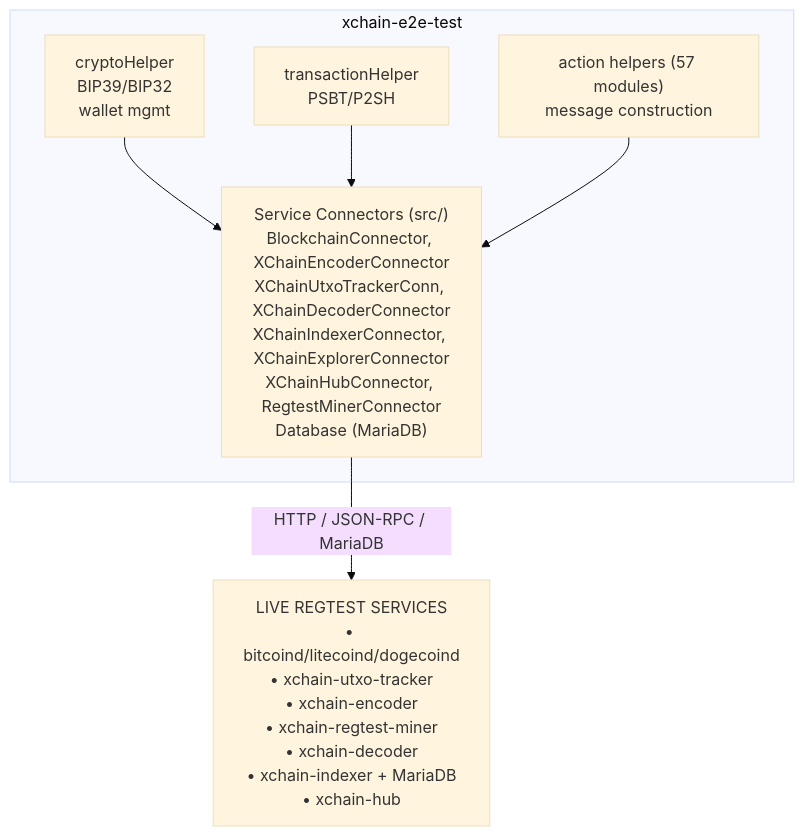
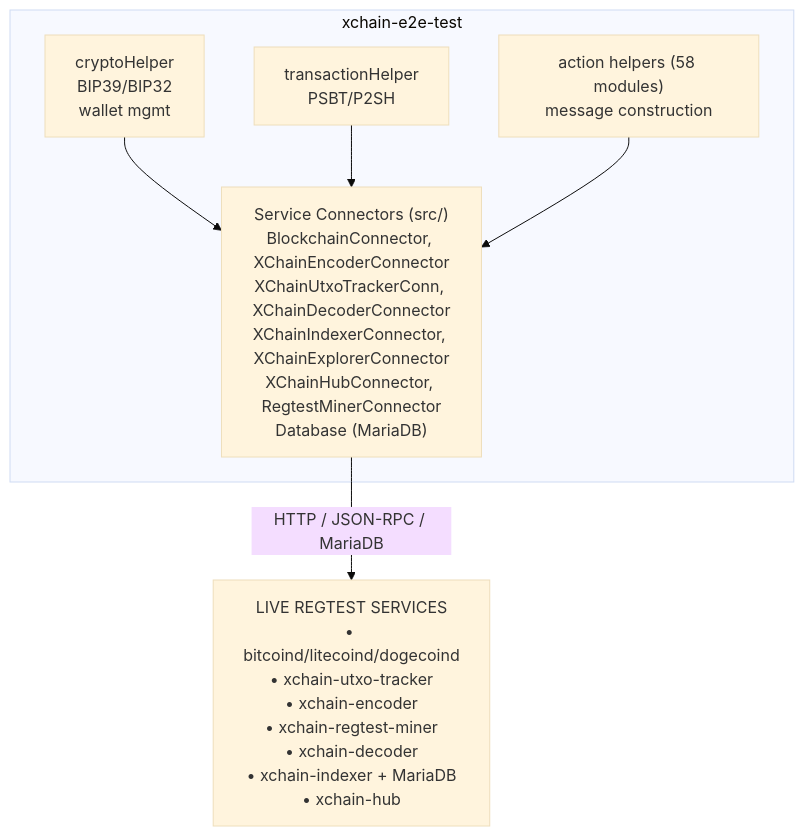
One commit to XChain-Platform/xchain-documentation changed the second of 2 diagrams in components/e2e-test/README.md. Above: the diagram before and after it, drawn with Mermaid (base theme). The commit also changed 1 other file, not shown here.

Commit message:
docs(e2e-test): count the bridge rail venue helper in the helper layer
The helper layer gained the bridge rail venue module, so the two published module counts move from 57 to 58 to match the tree the count check reads.

````diff
--- a/components/e2e-test/README.md
+++ b/components/e2e-test/README.md
@@ -65,14 +65,14 @@
 ```mermaid
 flowchart TD
     subgraph E2E["xchain-e2e-test"]
         CH["cryptoHelper<br>BIP39/BIP32<br>wallet mgmt"]
         TH["transactionHelper<br>PSBT/P2SH"]
-        AH["action helpers (57 modules)<br>message construction"]
+        AH["action helpers (58 modules)<br>message construction"]
         SC["Service Connectors (src/)<br>BlockchainConnector, XChainEncoderConnector<br>XChainUtxoTrackerConn, XChainDecoderConnector<br>XChainIndexerConnector, XChainExplorerConnector<br>XChainHubConnector, RegtestMinerConnector<br>Database (MariaDB)"]
         CH --> SC
         TH --> SC
         AH --> SC
     end
     SVC["LIVE REGTEST SERVICES<br>• bitcoind/litecoind/dogecoind<br>• xchain-utxo-tracker<br>• xchain-encoder<br>• xchain-regtest-miner<br>• xchain-decoder<br>• xchain-indexer + MariaDB<br>• xchain-hub"]
     SC -->|HTTP / JSON-RPC / MariaDB| SVC
 ```
````
